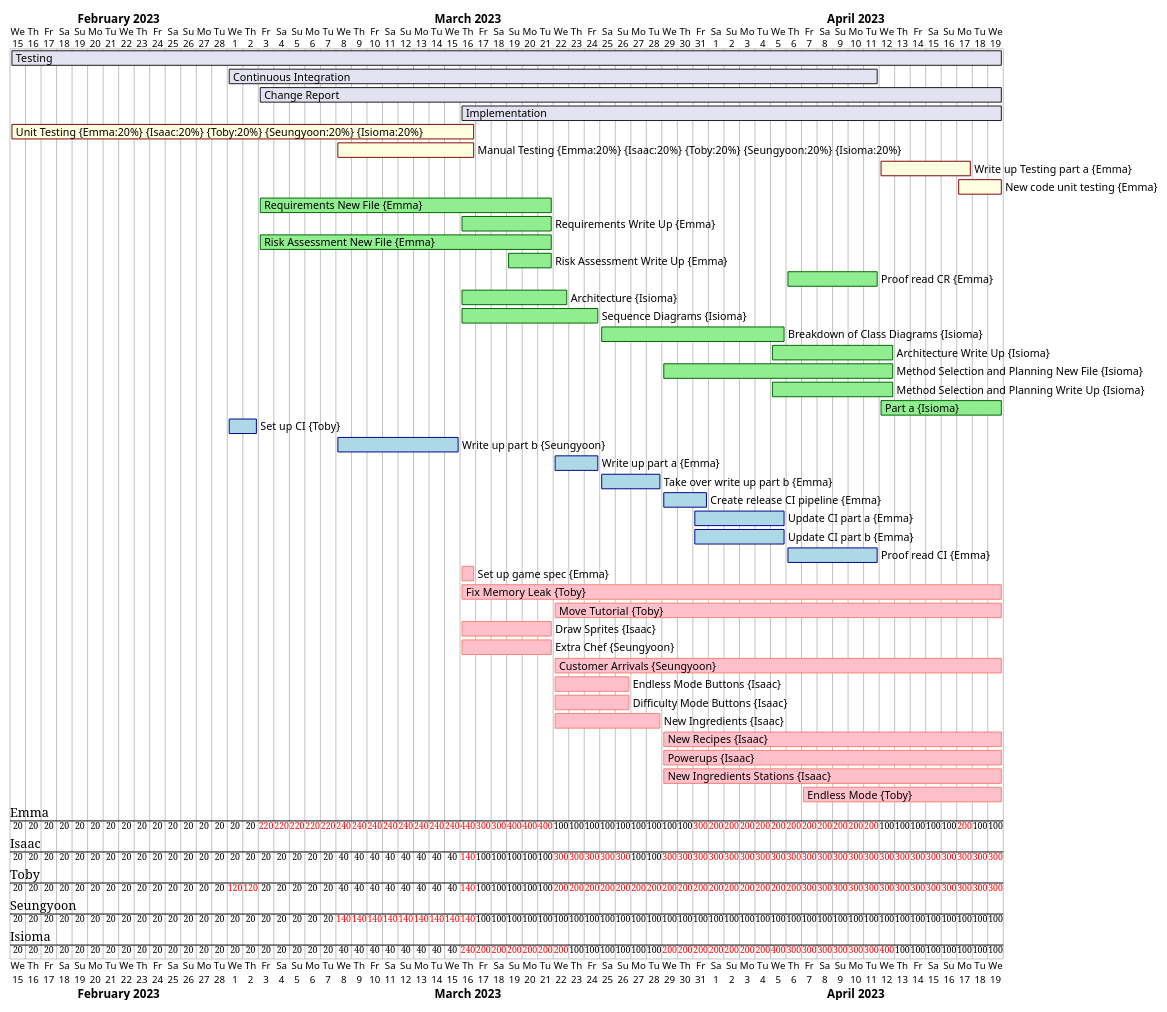
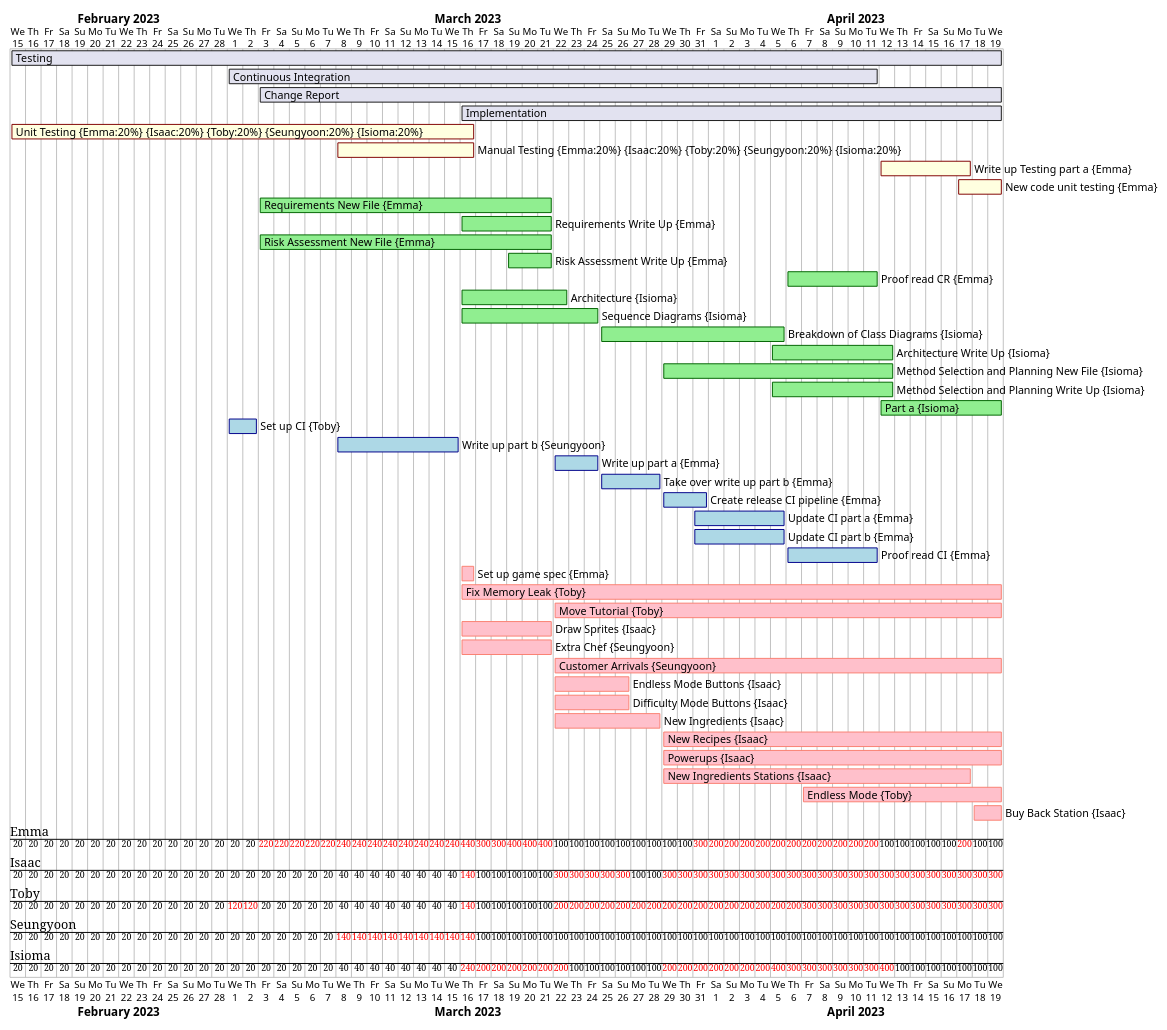
One commit to AsimovENG1/project_eng1_team3 changed the diagram in gantts/Week9.puml. Above: the diagram before and after it, drawn with PlantUML.

Commit message:
Update week 9 gantt chart

```diff
--- a/gantts/Week9.puml
+++ b/gantts/Week9.puml
@@ -1,54 +1,55 @@
 @startgantt
 
  Project starts 2023-02-15
 
  [Testing] starts 2023-02-15
  [Testing] lasts 64 days
  [Continuous Integration] starts 2023-03-01
  [Continuous Integration] lasts 42 days
  [Change Report] starts 2023-03-03
  [Change Report] lasts 48 days
  [Implementation] starts 2023-03-16
  [Implementation] lasts 35 days
 
  [Unit Testing] on {Emma:20%} {Isaac:20%} {Toby:20%} {Seungyoon:20%} {Isioma:20%} starts 2023-02-15 and ends 2023-03-16 and is colored in LightYellow/Maroon
  [Manual Testing] on {Emma:20%} {Isaac:20%} {Toby:20%} {Seungyoon:20%} {Isioma:20%} starts 2023-03-08 and ends 2023-03-16 and is colored in LightYellow/Maroon
  [Write up Testing part a] on {Emma:100%} starts 2023-04-12 and ends 2023-04-17  and is colored in LightYellow/Maroon
  [New code unit testing] on {Emma:100%} starts 2023-04-17 and ends 2023-04-19  and is colored in LightYellow/Maroon
 
  [Requirements New File] on {Emma:100%} starts 2023-03-03 and ends 2023-03-21 and is colored in LightGreen/DarkGreen
  [Requirements Write Up] on {Emma:100%} starts 2023-03-16 and ends 2023-03-21 and is colored in LightGreen/DarkGreen
  [Risk Assessment New File] on {Emma:100%} starts 2023-03-03 and ends 2023-03-21 and is colored in LightGreen/DarkGreen
  [Risk Assessment Write Up] on {Emma:100%} starts 2023-03-19 and ends 2023-03-21 and is colored in LightGreen/DarkGreen
  [Proof read CR] on {Emma:100%} starts 2023-04-06 and ends 2023-04-11 and is colored in LightGreen/DarkGreen
  [Architecture] on {Isioma:100%} starts 2023-03-16 and ends 2023-03-22 and is colored in LightGreen/DarkGreen
  [Sequence Diagrams] on {Isioma:100%} starts 2023-03-16 and ends 2023-03-24 and is colored in LightGreen/DarkGreen
  [Breakdown of Class Diagrams] on {Isioma:100%} starts 2023-03-25 and ends 2023-04-05 and is colored in LightGreen/DarkGreen
  [Architecture Write Up] on {Isioma:100%} starts 2023-04-05 and ends 2023-04-12 and is colored in LightGreen/DarkGreen
  [Method Selection and Planning New File] on {Isioma:100%} starts 2023-03-29 and ends 2023-04-12 and is colored in LightGreen/DarkGreen
  [Method Selection and Planning Write Up] on {Isioma:100%} starts 2023-04-05 and ends 2023-04-12 and is colored in LightGreen/DarkGreen
  [Part a] on {Isioma:100%} starts 2023-04-12 and ends 2023-04-19 and is colored in LightGreen/DarkGreen
 
  [Set up CI] on {Toby:100%} starts 2023-03-01 and ends 2023-03-02 and is colored in LightBlue/DarkBlue
  [Write up part b] on {Seungyoon:100%} starts 2023-03-08 and ends 2023-03-15 and is colored in LightBlue/DarkBlue
  [Write up part a] on {Emma:100%} starts 2023-03-22 and ends 2023-03-24 and is colored in LightBlue/DarkBlue
  [Take over write up part b] on {Emma:100%} starts 2023-03-25 and ends 2023-03-28 and is colored in LightBlue/DarkBlue
  [Create release CI pipeline] on {Emma:100%} starts 2023-03-29 and ends 2023-03-31 and is colored in LightBlue/DarkBlue
  [Update CI part a] on {Emma:100%} starts 2023-03-31 and ends 2023-04-05 and is colored in LightBlue/DarkBlue
  [Update CI part b] on {Emma:100%} starts 2023-03-31 and ends 2023-04-05 and is colored in LightBlue/DarkBlue
  [Proof read CI] on {Emma:100%} starts 2023-04-06 and ends 2023-04-11 and is colored in LightBlue/DarkBlue
 
  [Set up game spec] on {Emma:100%} starts 2023-03-16 and ends 2023-03-16 and is colored in Pink/Salmon
  [Fix Memory Leak] on {Toby:100%} starts 2023-03-16 and ends 2023-04-19 and is colored in Pink/Salmon
  [Move Tutorial] on {Toby:100%} starts 2023-03-22 and ends 2023-04-19 and is colored in Pink/Salmon
  [Draw Sprites] on {Isaac:100%} starts 2023-03-16 and ends 2023-03-21 and is colored in Pink/Salmon
  [Extra Chef] on {Seungyoon:100%} starts 2023-03-16 and ends 2023-03-21 and is colored in Pink/Salmon
  [Customer Arrivals] on {Seungyoon:100%} starts 2023-03-22 and ends 2023-04-19 and is colored in Pink/Salmon
  [Endless Mode Buttons] on {Isaac:100%} starts 2023-03-22 and ends 2023-03-26 and is colored in Pink/Salmon
  [Difficulty Mode Buttons] on {Isaac:100%} starts 2023-03-22 and ends 2023-03-26 and is colored in Pink/Salmon
  [New Ingredients] on {Isaac:100%} starts 2023-03-22 and ends 2023-03-28 and is colored in Pink/Salmon
  [New Recipes] on {Isaac:100%} starts 2023-03-29 and ends 2023-04-19 and is colored in Pink/Salmon
  [Powerups] on {Isaac:100%} starts 2023-03-29 and ends 2023-04-19 and is colored in Pink/Salmon
- [New Ingredients Stations] on {Isaac:100%} starts 2023-03-29 and ends 2023-04-19 and is colored in Pink/Salmon
+ [New Ingredients Stations] on {Isaac:100%} starts 2023-03-29 and ends 2023-04-17 and is colored in Pink/Salmon
  [Endless Mode] on {Toby:100%} starts 2023-04-07 and ends 2023-04-19 and is colored in Pink/Salmon
+ [Buy Back Station] on {Isaac:100%} starts 2023-04-18 and ends 2023-04-19 and is colored in Pink/Salmon
  @endgantt
```
